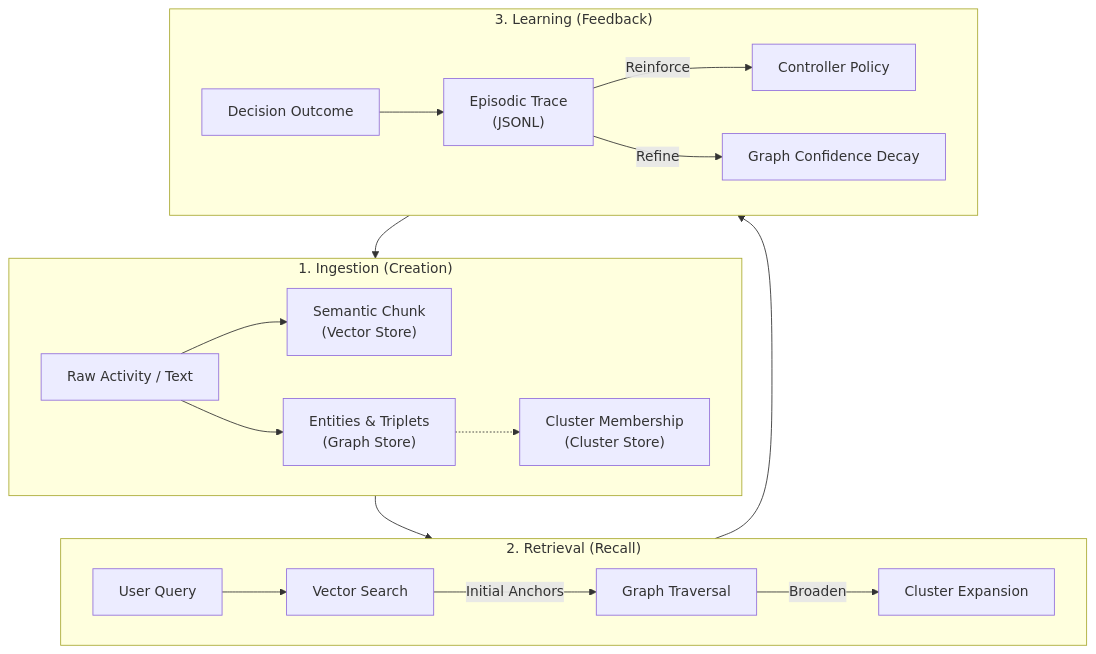
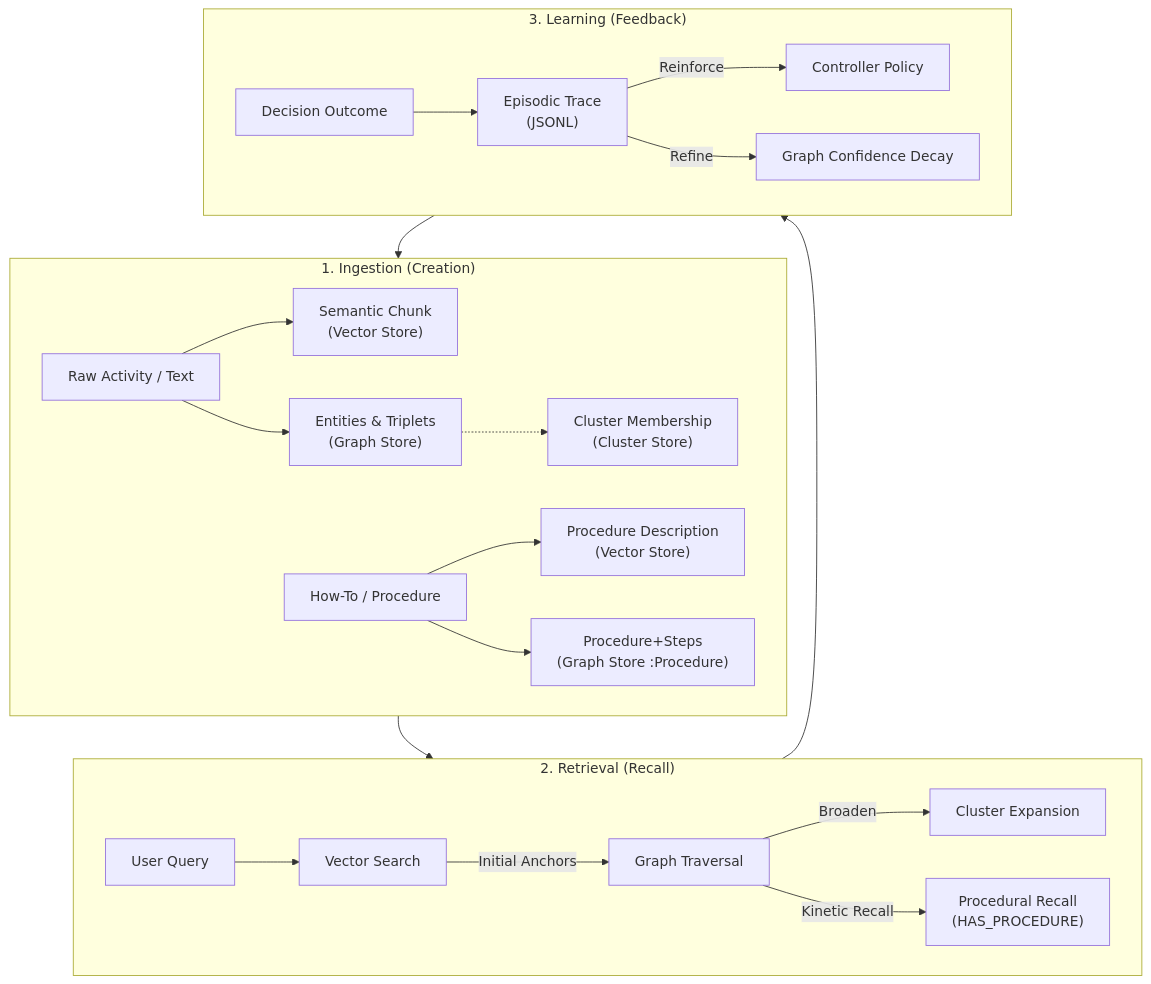
The fourth of 7 diagrams in README.md (aadi2vec/tracemind), drawn with Mermaid before and after one commit. The commit also changed other lines of this file and 7 other files, not shown here.

Commit message:
Phase 10: Implement Procedural Memory (Kinetic Actions / Palantir Verbs)

````diff
--- a/README.md
+++ b/README.md
@@ -177,24 +182,27 @@
 ```mermaid
 graph TD
     subgraph Ingestion ["1. Ingestion (Creation)"]
         Raw["Raw Activity / Text"] --> VS["Semantic Chunk\n(Vector Store)"]
         Raw --> GS["Entities & Triplets\n(Graph Store)"]
         GS -.-> CS["Cluster Membership\n(Cluster Store)"]
+        HowTo["How-To / Procedure"] --> PVEC["Procedure Description\n(Vector Store)"]
+        HowTo --> PGRAPH["Procedure+Steps\n(Graph Store :Procedure)"]
     end
 
     subgraph Retrieval ["2. Retrieval (Recall)"]
         Q["User Query"] --> VS_S["Vector Search"]
         VS_S -->|"Initial Anchors"| GS_T["Graph Traversal"]
         GS_T -->|"Broaden"| CS_E["Cluster Expansion"]
+        GS_T -->|"Kinetic Recall"| PR["Procedural Recall\n(HAS_PROCEDURE)"]
     end
 
     subgraph Learning ["3. Learning (Feedback)"]
         Outcome["Decision Outcome"] --> ES["Episodic Trace\n(JSONL)"]
         ES -->|"Reinforce"| CTRL["Controller Policy"]
         ES -->|"Refine"| GS_D["Graph Confidence Decay"]
     end
 
     Ingestion --> Retrieval
     Retrieval --> Learning
     Learning --> Ingestion
 ```
````
